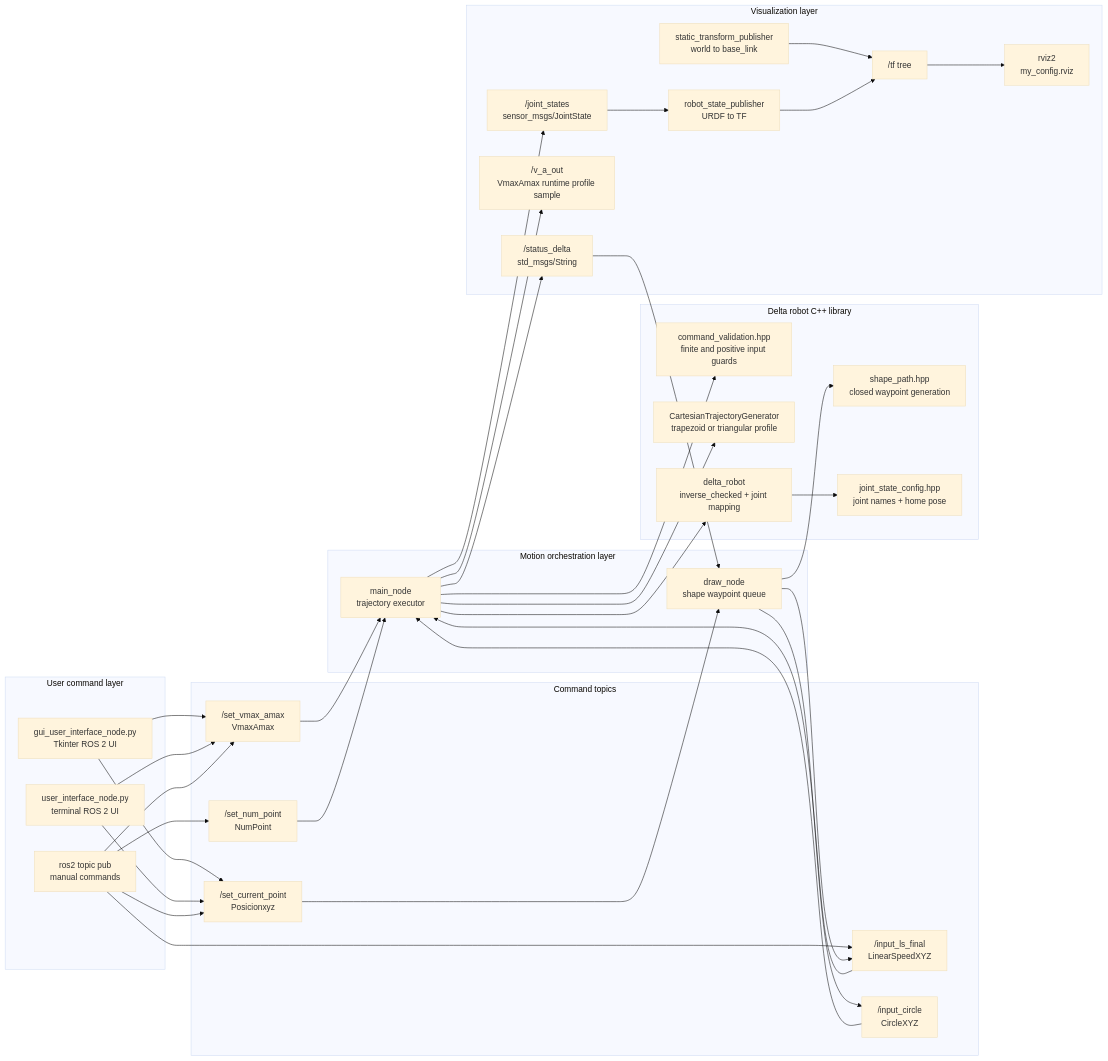
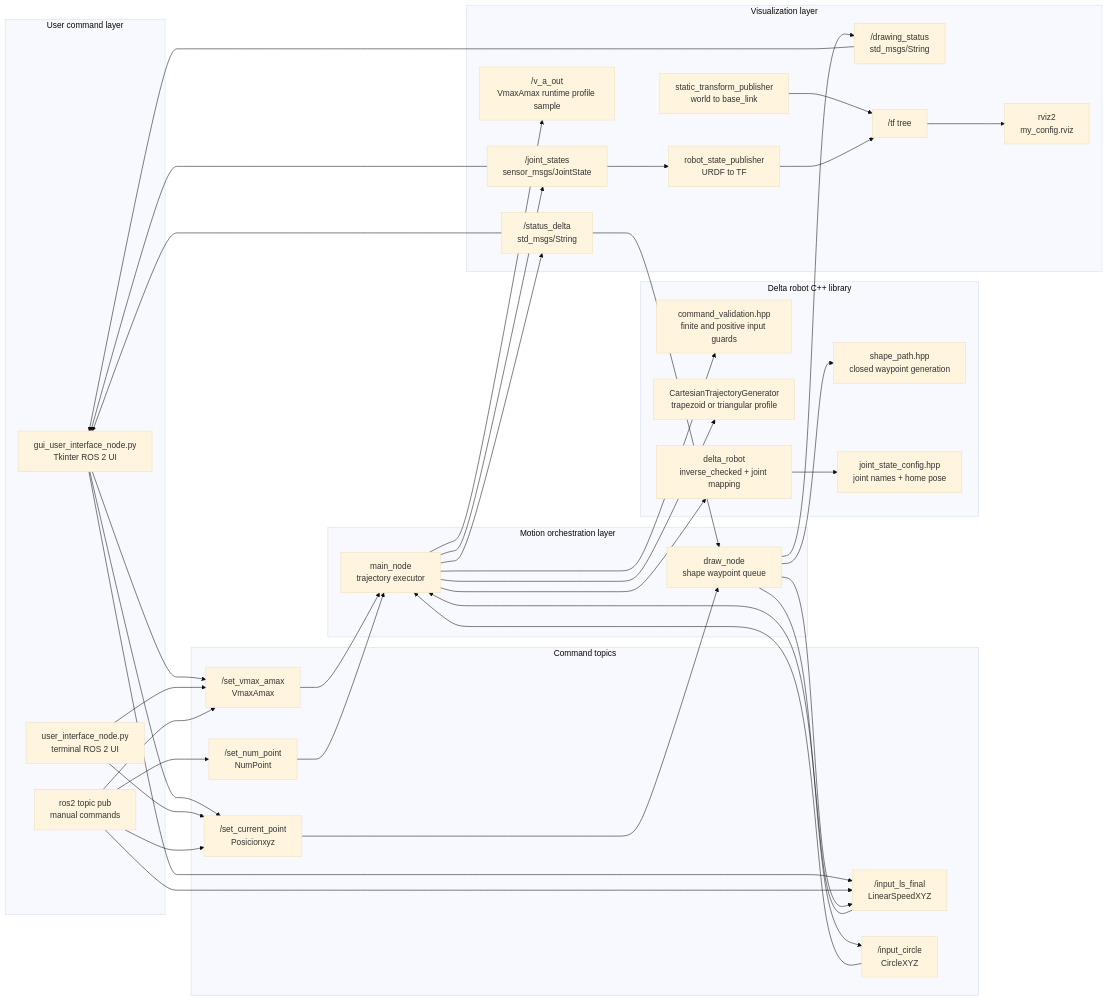
Before and after one commit to thanhduong8457/ROS: the first of 6 diagrams in docs/software_architecture.md, drawn with Mermaid (base theme). The commit also changed other lines of this file and 6 other files, not shown here.

````diff
--- a/docs/software_architecture.md
+++ b/docs/software_architecture.md
@@ -9,71 +10,77 @@
 ```mermaid
 flowchart LR
     subgraph UserLayer["User command layer"]
         GUI["gui_user_interface_node.py<br/>Tkinter ROS 2 UI"]
         TUI["user_interface_node.py<br/>terminal ROS 2 UI"]
         CLI["ros2 topic pub<br/>manual commands"]
     end
 
     subgraph CommandTopics["Command topics"]
         LimitsTopic["/set_vmax_amax<br/>VmaxAmax"]
         ShapeTopic["/set_current_point<br/>Posicionxyz"]
         DirectSegmentTopic["/input_ls_final<br/>LinearSpeedXYZ"]
         CircleTopic["/input_circle<br/>CircleXYZ"]
         ResolutionTopic["/set_num_point<br/>NumPoint"]
     end
 
     subgraph MotionLayer["Motion orchestration layer"]
         DrawNode["draw_node<br/>shape waypoint queue"]
         MainNode["main_node<br/>trajectory executor"]
     end
 
     subgraph CoreLibrary["Delta robot C++ library"]
         Validation["command_validation.hpp<br/>finite and positive input guards"]
         ShapePath["shape_path.hpp<br/>closed waypoint generation"]
         Planner["CartesianTrajectoryGenerator<br/>trapezoid or triangular profile"]
         IK["delta_robot<br/>inverse_checked + joint mapping"]
         Config["joint_state_config.hpp<br/>joint names + home pose"]
     end
 
     subgraph Visualization["Visualization layer"]
         JointStates["/joint_states<br/>sensor_msgs/JointState"]
         VelocityOut["/v_a_out<br/>VmaxAmax runtime profile sample"]
         Status["/status_delta<br/>std_msgs/String"]
+        DrawingStatus["/drawing_status<br/>std_msgs/String"]
         RSP["robot_state_publisher<br/>URDF to TF"]
         StaticTF["static_transform_publisher<br/>world to base_link"]
         TF["/tf tree"]
         RViz["rviz2<br/>my_config.rviz"]
     end
 
     GUI --> LimitsTopic
     GUI --> ShapeTopic
+    GUI --> DirectSegmentTopic
     TUI --> LimitsTopic
     TUI --> ShapeTopic
     CLI --> LimitsTopic
     CLI --> ShapeTopic
     CLI --> DirectSegmentTopic
     CLI --> ResolutionTopic
 
     LimitsTopic --> MainNode
     ResolutionTopic --> MainNode
     ShapeTopic --> DrawNode
     DrawNode --> ShapePath
     DrawNode --> DirectSegmentTopic
     DrawNode --> CircleTopic
     DirectSegmentTopic --> MainNode
     CircleTopic --> MainNode
 
     MainNode --> Validation
     MainNode --> Planner
     MainNode --> IK
     IK --> Config
     MainNode --> JointStates
     MainNode --> VelocityOut
     MainNode --> Status
     Status --> DrawNode
+    Status --> GUI
+    DrawNode --> DrawingStatus
+    DrawingStatus --> GUI
+    JointStates --> GUI
 
     JointStates --> RSP
     StaticTF --> TF
     RSP --> TF
     TF --> RViz
 ```
````
